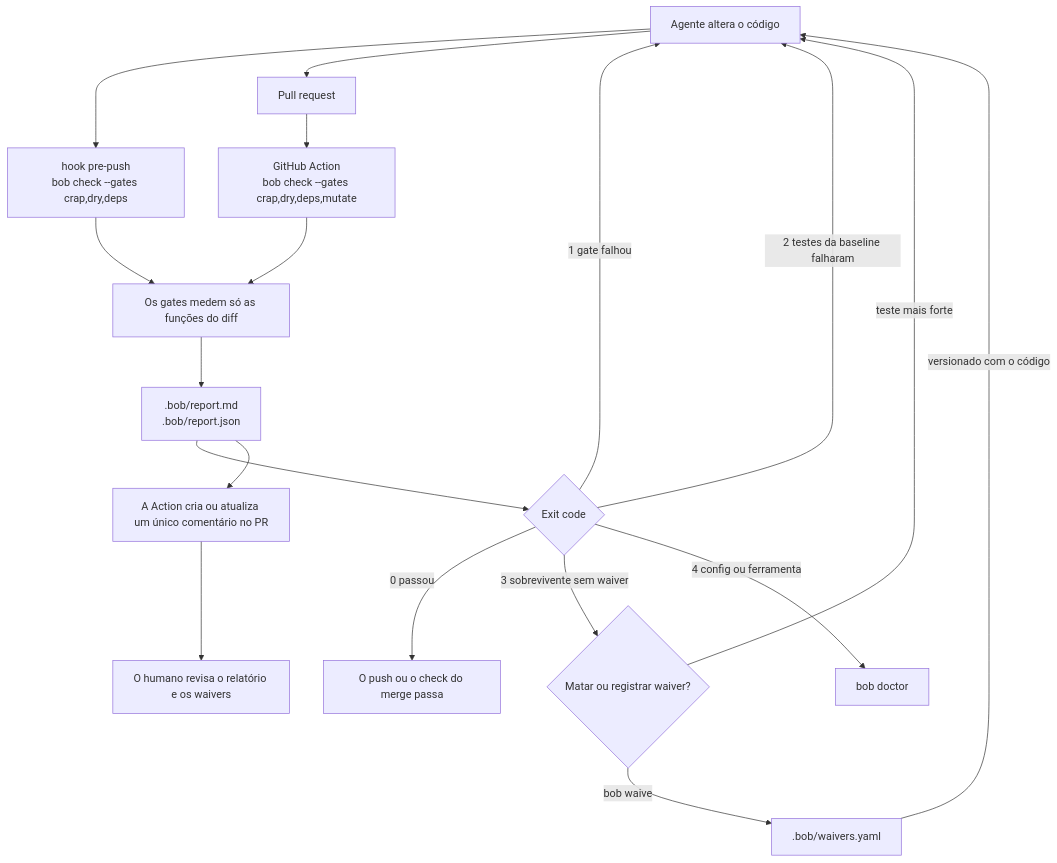
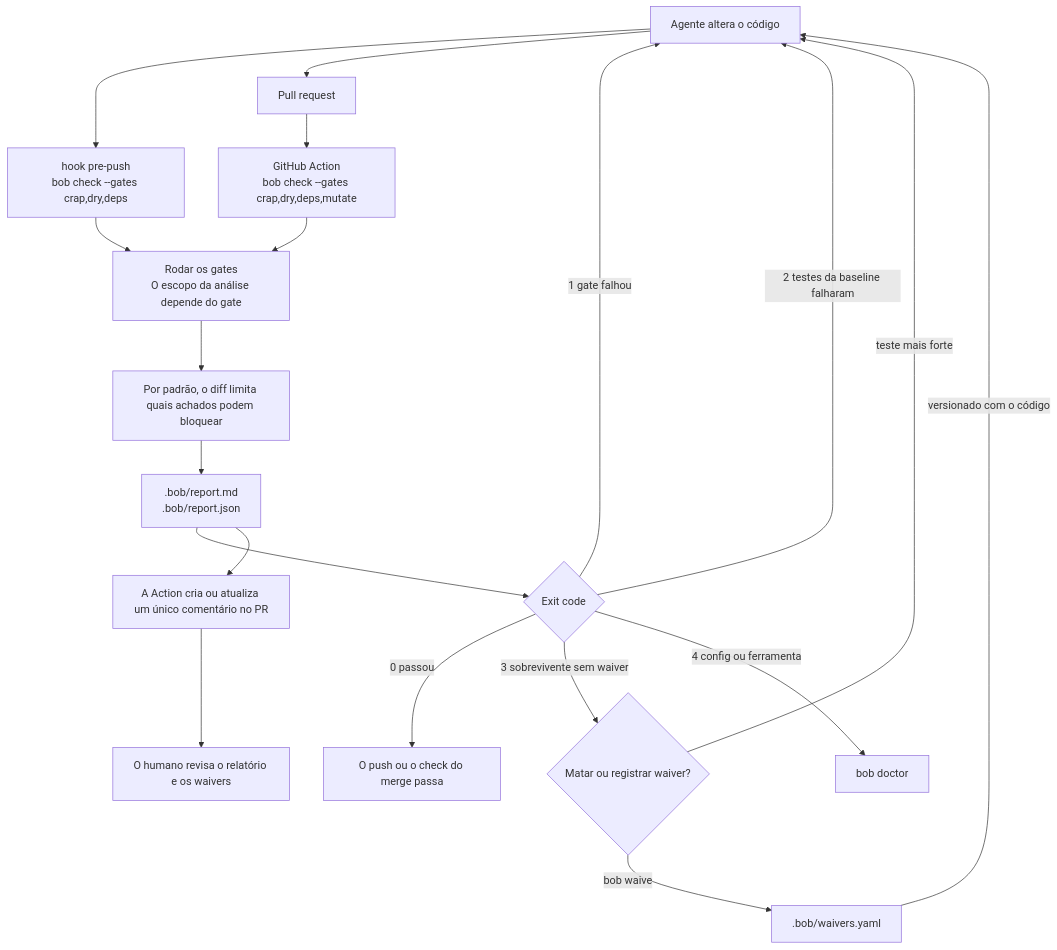
The diagram in README.pt-BR.md (fazedordecodigo/bob), drawn with Mermaid before and after one commit. The commit also changed other lines of this file and 1 other file, not shown here.

Commit message:
docs: distinguish gate scan scope from the diff verdict

````diff
--- a/README.pt-BR.md
+++ b/README.pt-BR.md
@@ -40,21 +40,22 @@
 ```mermaid
 flowchart TD
     agent["Agente altera o código"]
     agent --> hook["hook pre-push<br/>bob check --gates crap,dry,deps"]
     agent --> pr["Pull request"]
     pr --> action["GitHub Action<br/>bob check --gates crap,dry,deps,mutate"]
-    hook --> diff["Os gates medem só as funções do diff"]
-    action --> diff
+    hook --> measure["Rodar os gates<br/>O escopo da análise depende do gate"]
+    action --> measure
+    measure --> diff["Por padrão, o diff limita quais achados podem bloquear"]
     diff --> report[".bob/report.md<br/>.bob/report.json"]
     report --> code{"Exit code"}
     code -->|"0 passou"| done["O push ou o check do merge passa"]
     code -->|"1 gate falhou"| agent
     code -->|"2 testes da baseline falharam"| agent
     code -->|"3 sobrevivente sem waiver"| choice{"Matar ou registrar waiver?"}
     code -->|"4 config ou ferramenta"| doctor["bob doctor"]
     choice -->|"teste mais forte"| agent
     choice -->|"bob waive"| waivers[".bob/waivers.yaml"]
     waivers -->|"versionado com o código"| agent
     report --> comment["A Action cria ou atualiza um único comentário no PR"]
     comment --> human["O humano revisa o relatório e os waivers"]
 ```
````
